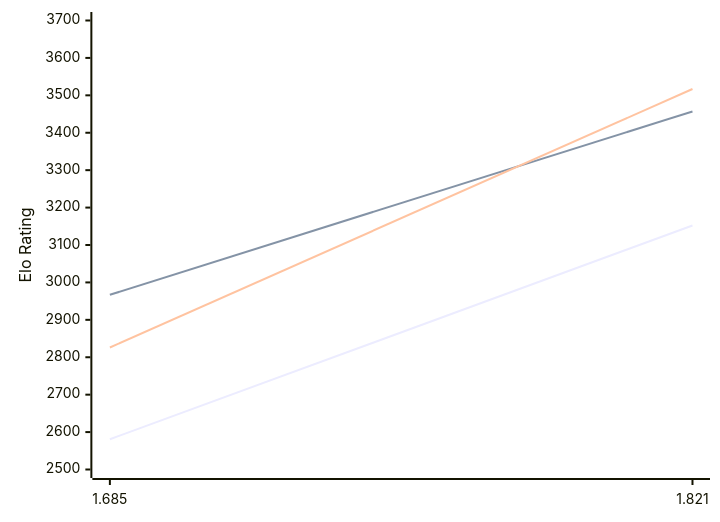
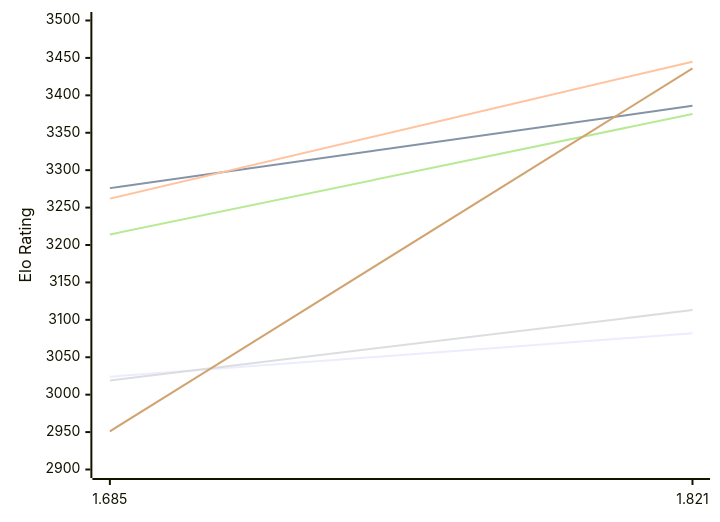
Before and after one commit to computer-chess-index/cci: the first of 2 diagrams in engines/Malika.md, drawn with Mermaid. The commit also changed other lines of this file, not shown here.

Commit message:
Update CCI Ratings (ELO VLTC) - 2026-11-13

````diff
--- a/engines/Malika.md
+++ b/engines/Malika.md
@@ -54,12 +54,12 @@
 ```mermaid
 %%{init: {"theme":"base","themeVariables":{"seriesColors:['#a3a3a3','#222221','#faa371']}}}%%
 xychart-beta
   x-axis ["1.685", "1.821"]
-  y-axis "Elo Rating" 2500 --> 3700
-  line "E1: STC (8.0+0.08s)" [2581, 3152]
-  line "E1: LTC (60.0+0.60s)" [2967, 3457]
-  line "E1: VLTC (2m24s+1.12s)" [2826, 3517]
-  line "P1: STC (8.0+0.08s)" [3279]
-  line "P1: LTC (60.0+0.60s)" [3542]
-  line "P1: VLTC (2m24s+1.12s)" [3603]
+  y-axis "Elo Rating" 2900 --> 3500
+  line "E1: STC (8.0+0.08s)" [3024, 3082]
+  line "E1: LTC (60.0+0.60s)" [3276, 3386]
+  line "E1: VLTC (2m24s+1.12s)" [3262, 3445]
+  line "P1: STC (8.0+0.08s)" [3019, 3113]
+  line "P1: LTC (60.0+0.60s)" [3214, 3375]
+  line "P1: VLTC (2m24s+1.12s)" [2951, 3436]
 ```
````
